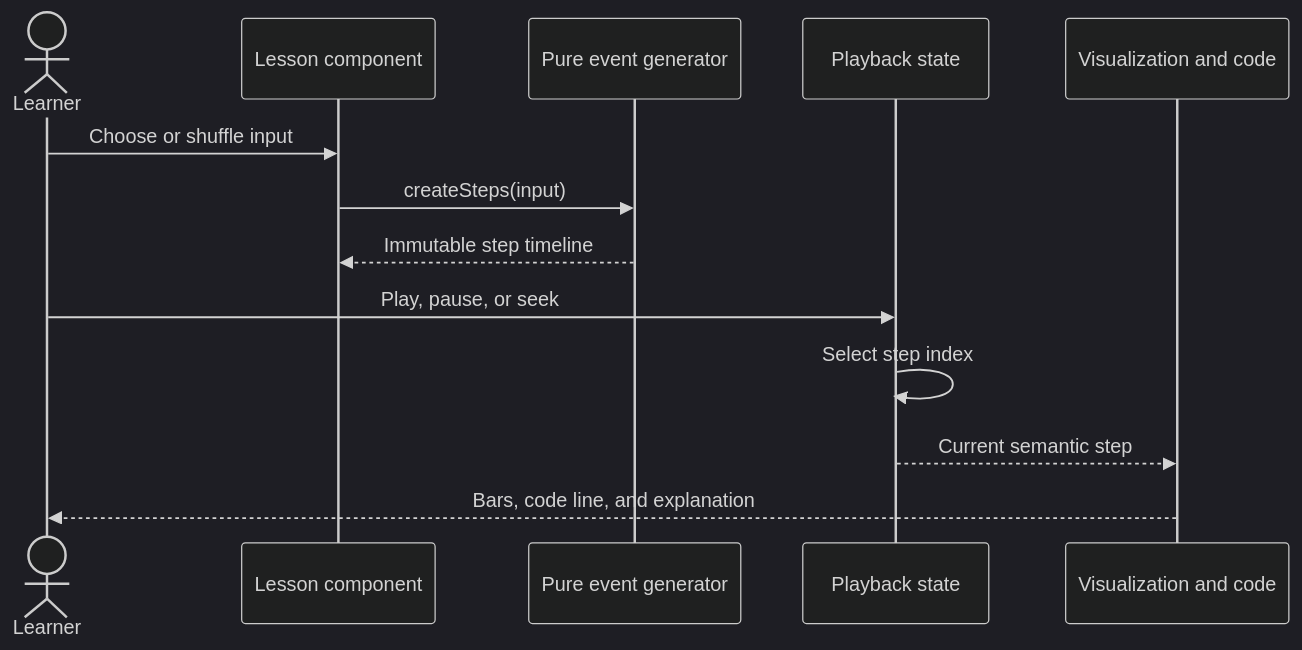
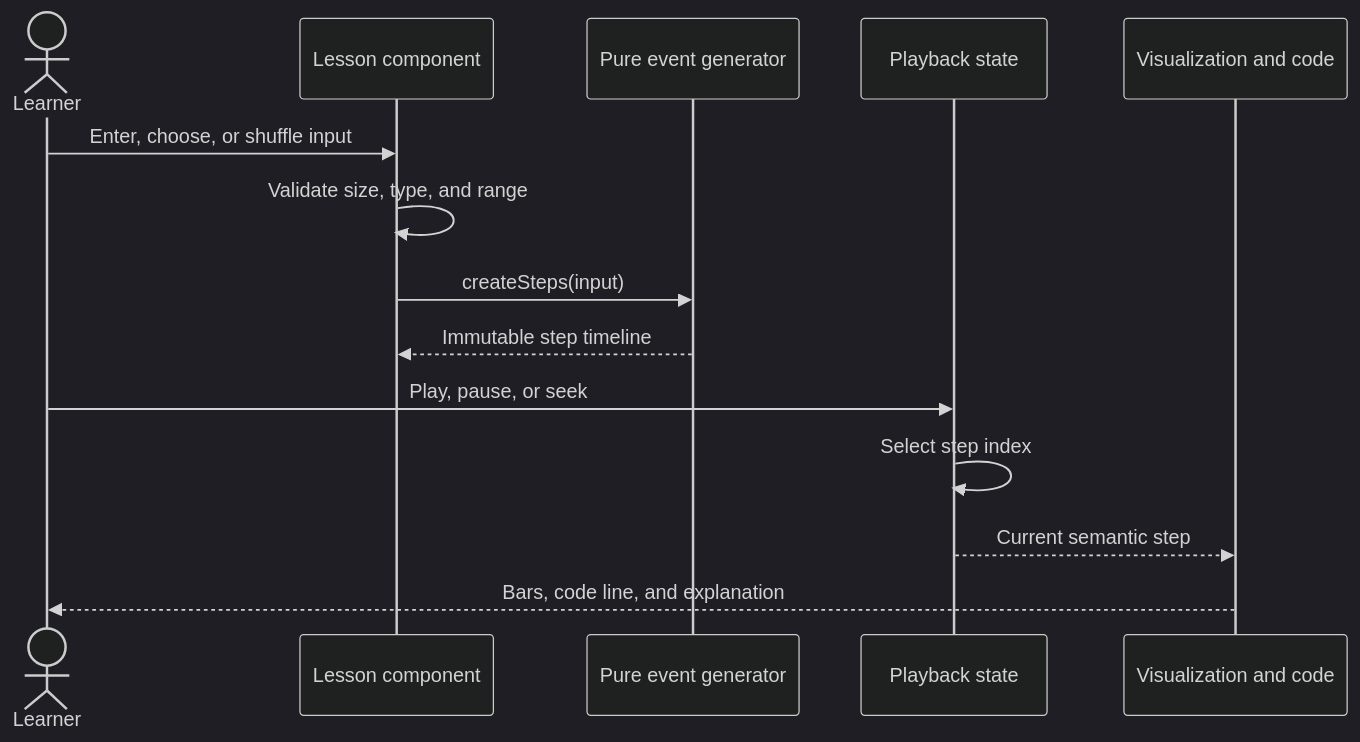
One commit to moslemajra85/cartesian-interactive-algorithms changed the first of 2 diagrams in docs/ARCHITECTURE.md. Above: the diagram before and after it, drawn with Mermaid (dark theme). The commit also changed other lines of this file and 10 other files, not shown here.

````diff
--- a/docs/ARCHITECTURE.md
+++ b/docs/ARCHITECTURE.md
@@ -17,16 +17,17 @@
 ```mermaid
 sequenceDiagram
     actor Learner
     participant Lesson as Lesson component
     participant Algorithm as Pure event generator
     participant Player as Playback state
     participant View as Visualization and code
 
-    Learner->>Lesson: Choose or shuffle input
+    Learner->>Lesson: Enter, choose, or shuffle input
+    Lesson->>Lesson: Validate size, type, and range
     Lesson->>Algorithm: createSteps(input)
     Algorithm-->>Lesson: Immutable step timeline
     Learner->>Player: Play, pause, or seek
     Player->>Player: Select step index
     Player-->>View: Current semantic step
     View-->>Learner: Bars, code line, and explanation
 ```
````
